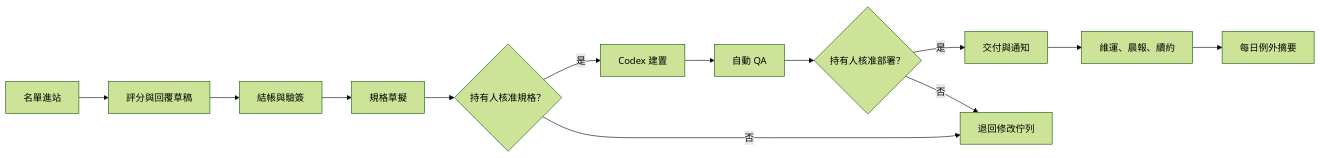
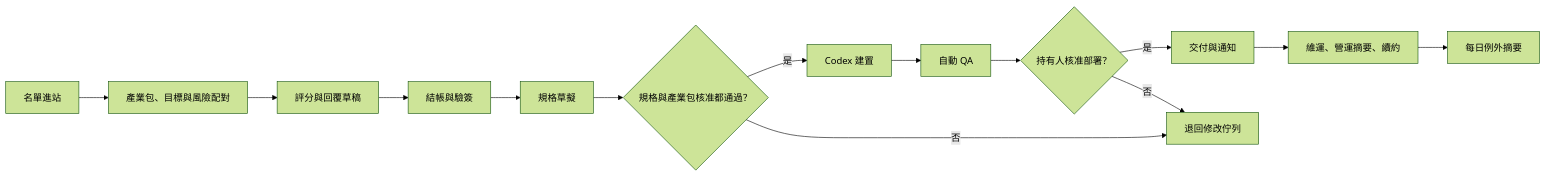
One commit to mars-tw/morning-operator changed the second of 2 diagrams in docs/organization-tree.md. Above: the diagram before and after it, drawn with Mermaid (forest theme). The commit also changed other lines of this file and 37 other files, not shown here.

````diff
--- a/docs/organization-tree.md
+++ b/docs/organization-tree.md
@@ -105,15 +119,16 @@
 ```mermaid
 flowchart LR
-    A["名單進站"] --> B["評分與回覆草稿"]
+    A["名單進站"] --> P["產業包、目標與風險配對"]
+    P --> B["評分與回覆草稿"]
     B --> C["結帳與驗簽"]
     C --> D["規格草擬"]
-    D --> E{"持有人核准規格？"}
+    D --> E{"規格與產業包核准都通過？"}
     E -->|"是"| F["Codex 建置"]
     F --> G["自動 QA"]
     G --> H{"持有人核准部署？"}
     H -->|"是"| I["交付與通知"]
     E -->|"否"| J["退回修改佇列"]
     H -->|"否"| J
-    I --> K["維運、晨報、續約"]
+    I --> K["維運、營運摘要、續約"]
     K --> L["每日例外摘要"]
 ```
````
